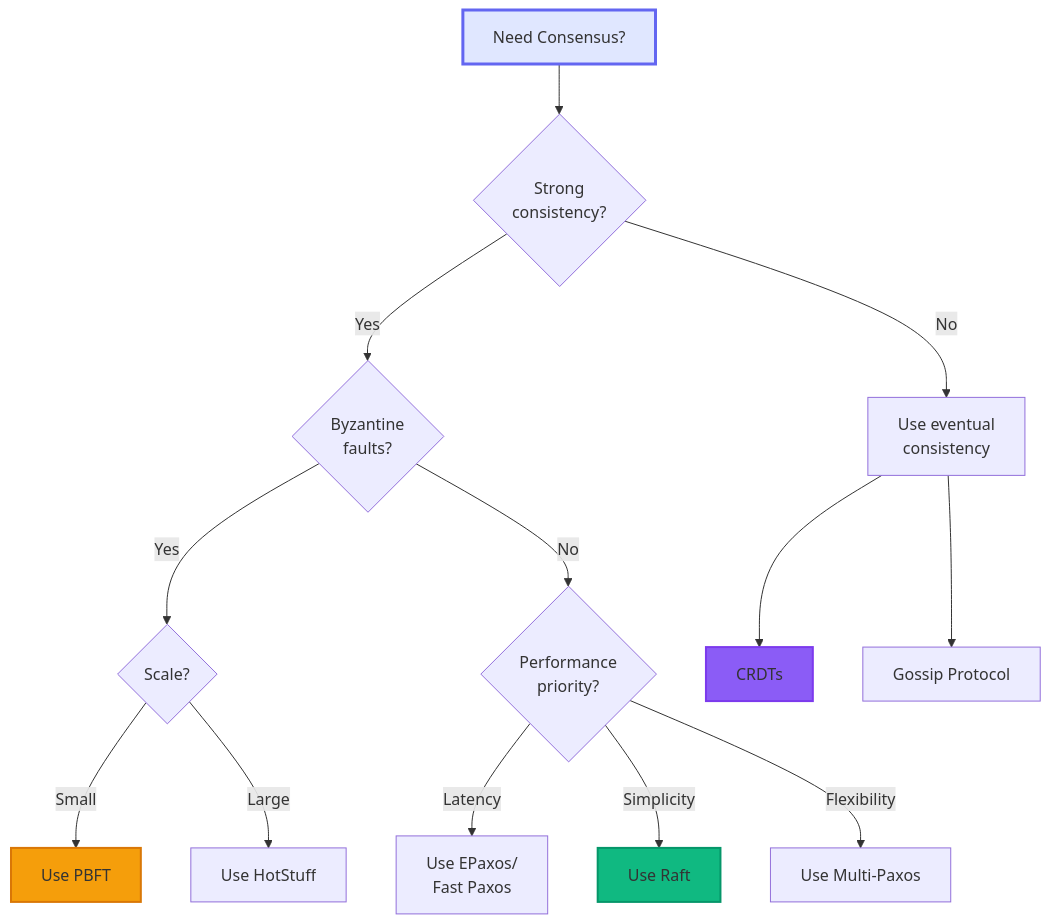
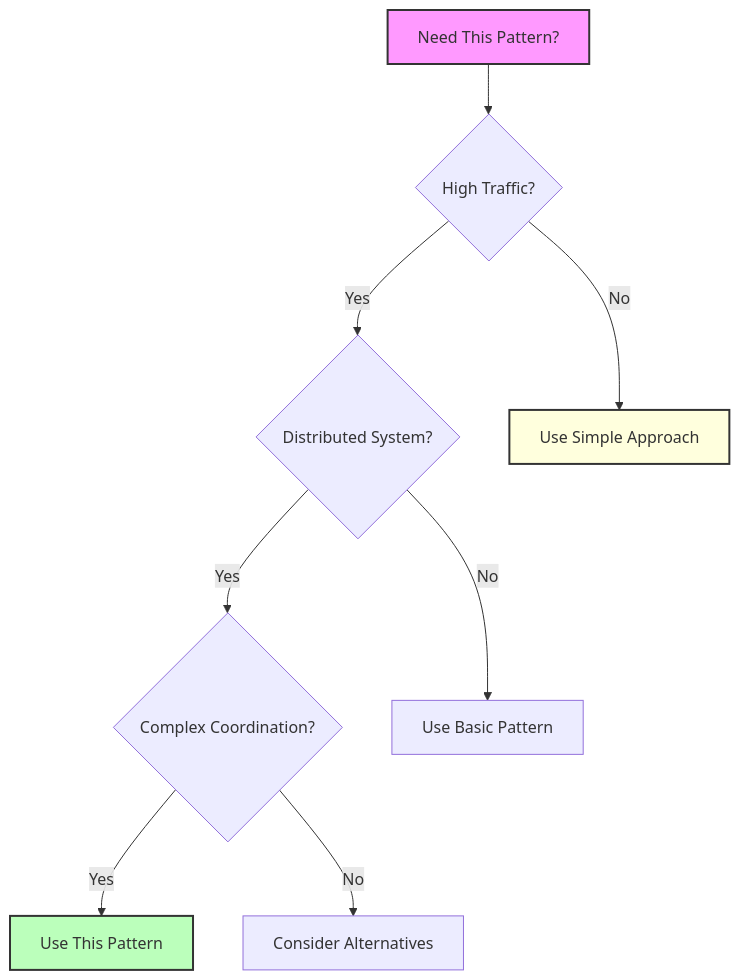
One commit to deepaucksharma/DStudio changed diagram 31 of 31 in docs/pattern-library/coordination/consensus.md. Above: the diagram before and after it, drawn with Mermaid. The commit also changed other lines of this file and 191 other files, not shown here.

````diff
--- a/docs/pattern-library/coordination/consensus.md
+++ b/docs/pattern-library/coordination/consensus.md
@@ -1618,26 +1864,14 @@
 ```mermaid
-flowchart TD
-    Start[Need Consensus?]
+graph TD
+    Start[Need This Pattern?] --> Q1{High Traffic?}
+    Q1 -->|Yes| Q2{Distributed System?}
+    Q1 -->|No| Simple[Use Simple Approach]
+    Q2 -->|Yes| Q3{Complex Coordination?}
+    Q2 -->|No| Basic[Use Basic Pattern]
+    Q3 -->|Yes| Advanced[Use This Pattern]
+    Q3 -->|No| Intermediate[Consider Alternatives]
     
-    Start --> Q1{Strong<br/>consistency?}
-    Q1 -->|Yes| Q2{Byzantine<br/>faults?}
-    Q1 -->|No| EC[Use eventual<br/>consistency]
-    
-    Q2 -->|Yes| BFT{Scale?}
-    Q2 -->|No| CFT{Performance<br/>priority?}
-    
-    BFT -->|Small| PBFT[Use PBFT]
-    BFT -->|Large| HS[Use HotStuff]
-    
-    CFT -->|Latency| FP[Use EPaxos/<br/>Fast Paxos]
-    CFT -->|Simplicity| Raft[Use Raft]
-    CFT -->|Flexibility| MP[Use Multi-Paxos]
-    
-    EC --> CRDT[CRDTs]
-    EC --> Gossip[Gossip Protocol]
-    
-    style Start fill:#e0e7ff,stroke:#6366f1,stroke-width:3px
-    style Raft fill:#10b981,stroke:#059669,stroke-width:2px
-    style PBFT fill:#f59e0b,stroke:#d97706,stroke-width:2px
-    style CRDT fill:#8b5cf6,stroke:#7c3aed,stroke-width:2px
+    style Start fill:#f9f,stroke:#333,stroke-width:2px
+    style Advanced fill:#bfb,stroke:#333,stroke-width:2px
+    style Simple fill:#ffd,stroke:#333,stroke-width:2px
 ```
````
